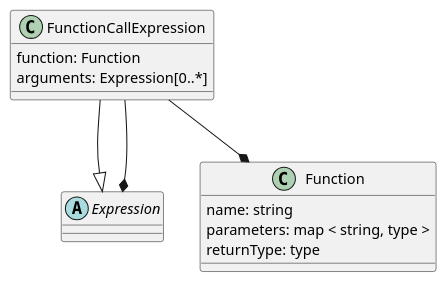
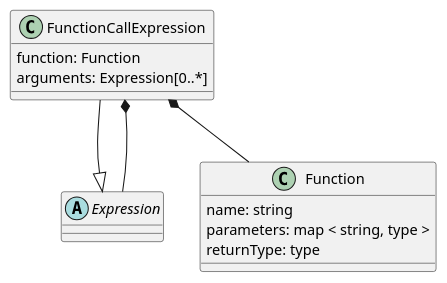
Before and after one commit to opengeospatial/styles-and-symbology: the first of 10 diagrams in core/sections/clause_18_functions.adoc, drawn with PlantUML. The commit also changed other lines of this file and 10 other files, not shown here.

```diff
--- a/core/sections/clause_18_functions.adoc
+++ b/core/sections/clause_18_functions.adoc
@@ -13,14 +13,14 @@
 [plantuml, target=diagram-classes, format=png]
 ....
 abstract class Expression
 
 FunctionCallExpression --|> Expression
 FunctionCallExpression : function: Function
 FunctionCallExpression : arguments: Expression[0..*]
-FunctionCallExpression --* Function
-FunctionCallExpression --* Expression
+FunctionCallExpression *-- Function
+FunctionCallExpression *-- Expression
 
 Function : name: string
 Function : parameters: map < string, type >
 Function : returnType: type
 ....
```
